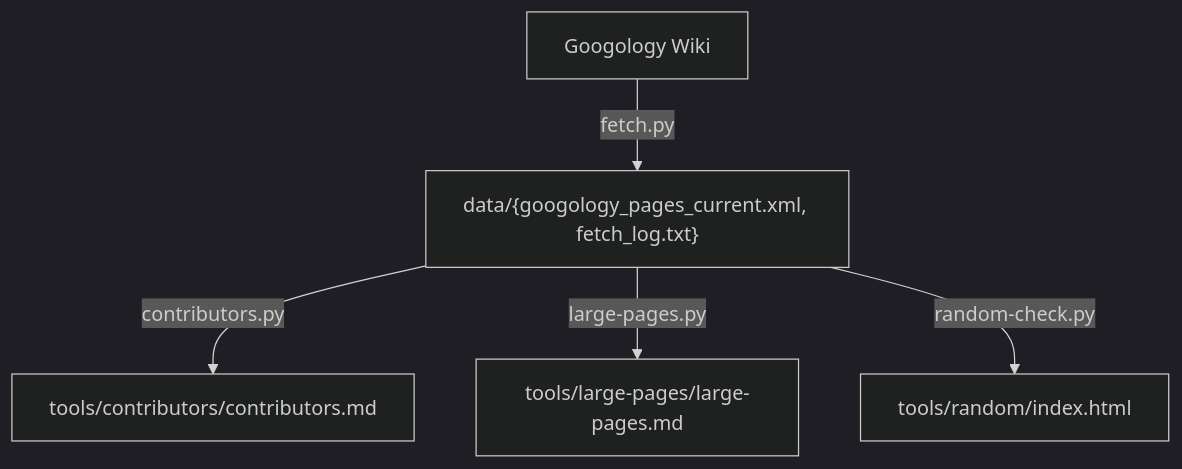
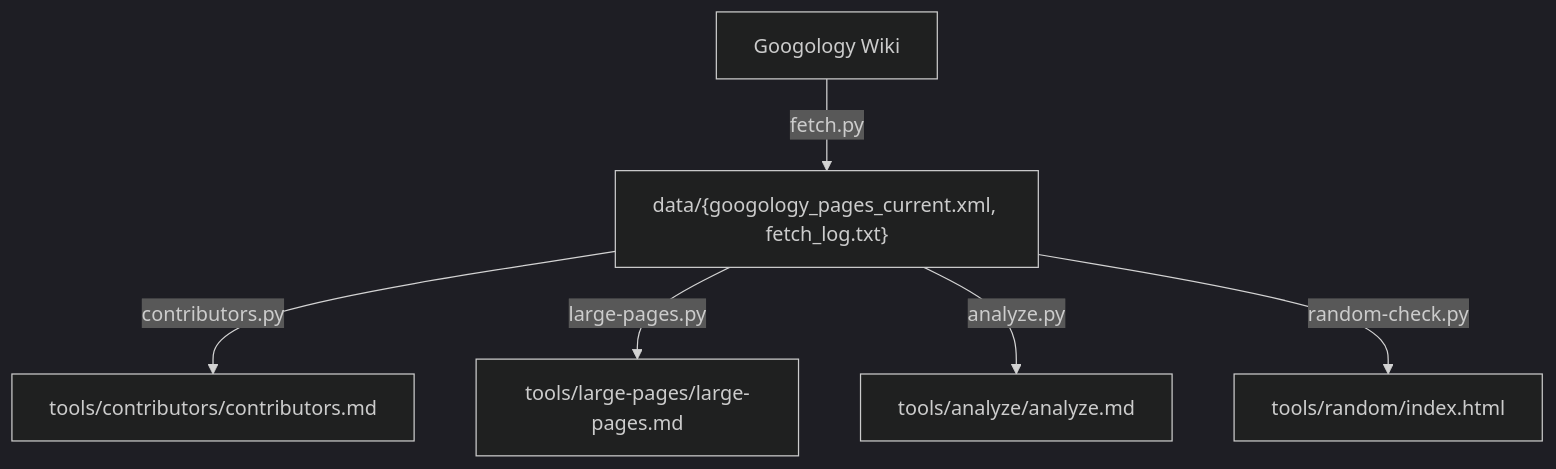
One commit to koteitan/googolbook-lm changed the diagram in README.md. Above: the diagram before and after it, drawn with Mermaid (dark theme). The commit also changed other lines of this file and 7 other files, not shown here.

````diff
--- a/README.md
+++ b/README.md
@@ -13,7 +14,8 @@
 ```mermaid
 graph TD
     A[Googology Wiki] -->|fetch.py| B["data/{googology_pages_current.xml, fetch_log.txt}"]
     B -->|contributors.py| C[tools/contributors/contributors.md]
     B -->|large-pages.py| D[tools/large-pages/large-pages.md]
-    B -->|random-check.py| E[tools/random/index.html]
+    B -->|analyze.py| E[tools/analyze/analyze.md]
+    B -->|random-check.py| F[tools/random/index.html]
 ```
````
